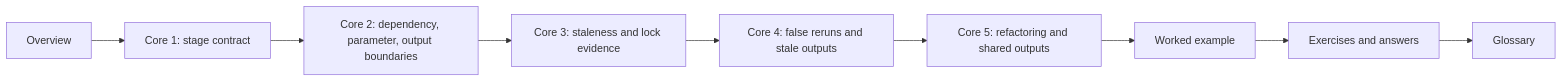
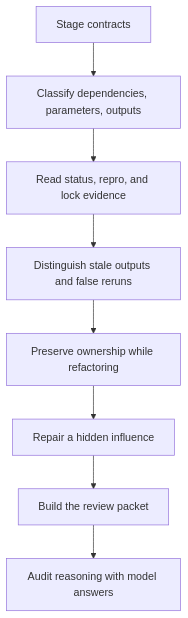
Before and after one commit to bijux/bijux-masterclass: the third of 3 diagrams in programs/reproducible-research/deep-dive-dvc/course-book/module-04-truthful-pipelines-declared-dependencies/index.md, drawn with Mermaid. The commit also changed other lines of this file, not shown here.

Commit message:
docs(dvc): orient independent stage contract study

````diff
--- a/programs/reproducible-research/deep-dive-dvc/course-book/module-04-truthful-pipelines-declared-dependencies/index.md
+++ b/programs/reproducible-research/deep-dive-dvc/course-book/module-04-truthful-pipelines-declared-dependencies/index.md
@@ -78,11 +78,10 @@
 ```mermaid
-flowchart LR
-  overview["Overview"] --> core1["Core 1: stage contract"]
-  core1 --> core2["Core 2: dependency, parameter, output boundaries"]
-  core2 --> core3["Core 3: staleness and lock evidence"]
-  core3 --> core4["Core 4: false reruns and stale outputs"]
-  core4 --> core5["Core 5: refactoring and shared outputs"]
-  core5 --> example["Worked example"]
-  example --> practice["Exercises and answers"]
-  practice --> glossary["Glossary"]
+flowchart TD
+  contracts["Stage contracts"] --> boundaries["Classify dependencies, parameters, outputs"]
+  boundaries --> evidence["Read status, repro, and lock evidence"]
+  evidence --> failures["Distinguish stale outputs and false reruns"]
+  failures --> refactor["Preserve ownership while refactoring"]
+  refactor --> investigation["Repair a hidden influence"]
+  investigation --> exercises["Build the review packet"]
+  exercises --> answers["Audit reasoning with model answers"]
 ```
````
